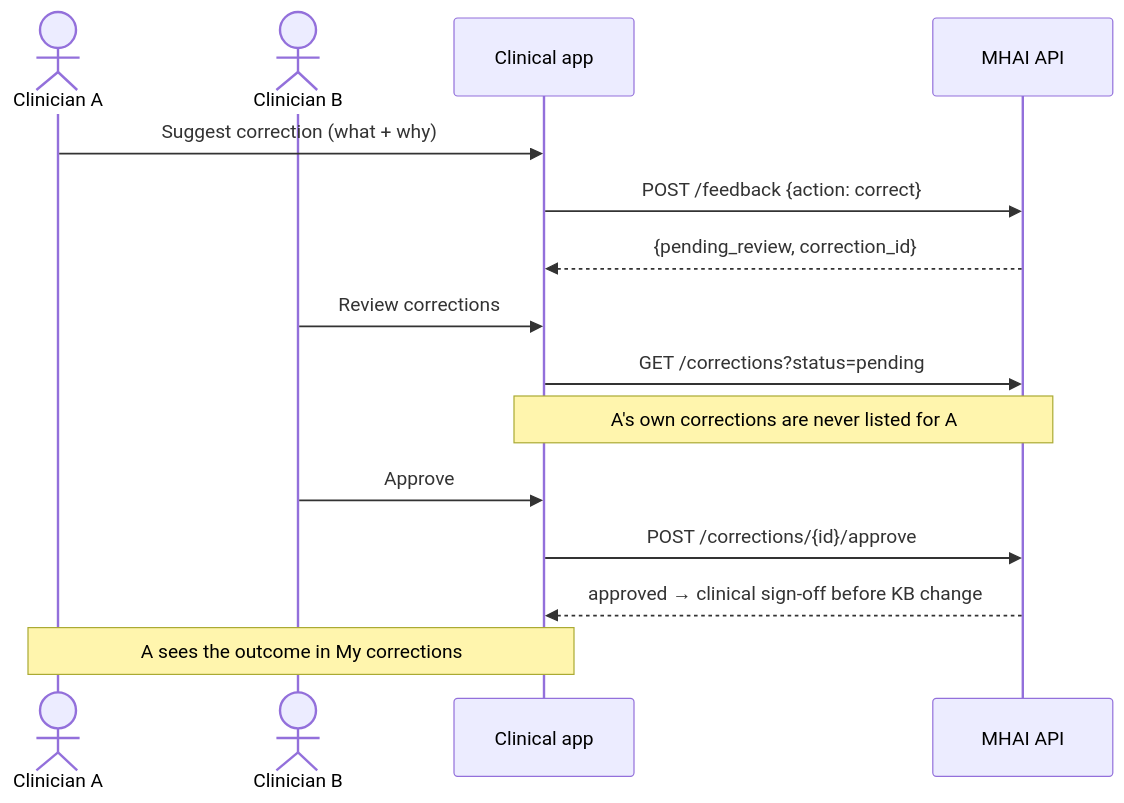
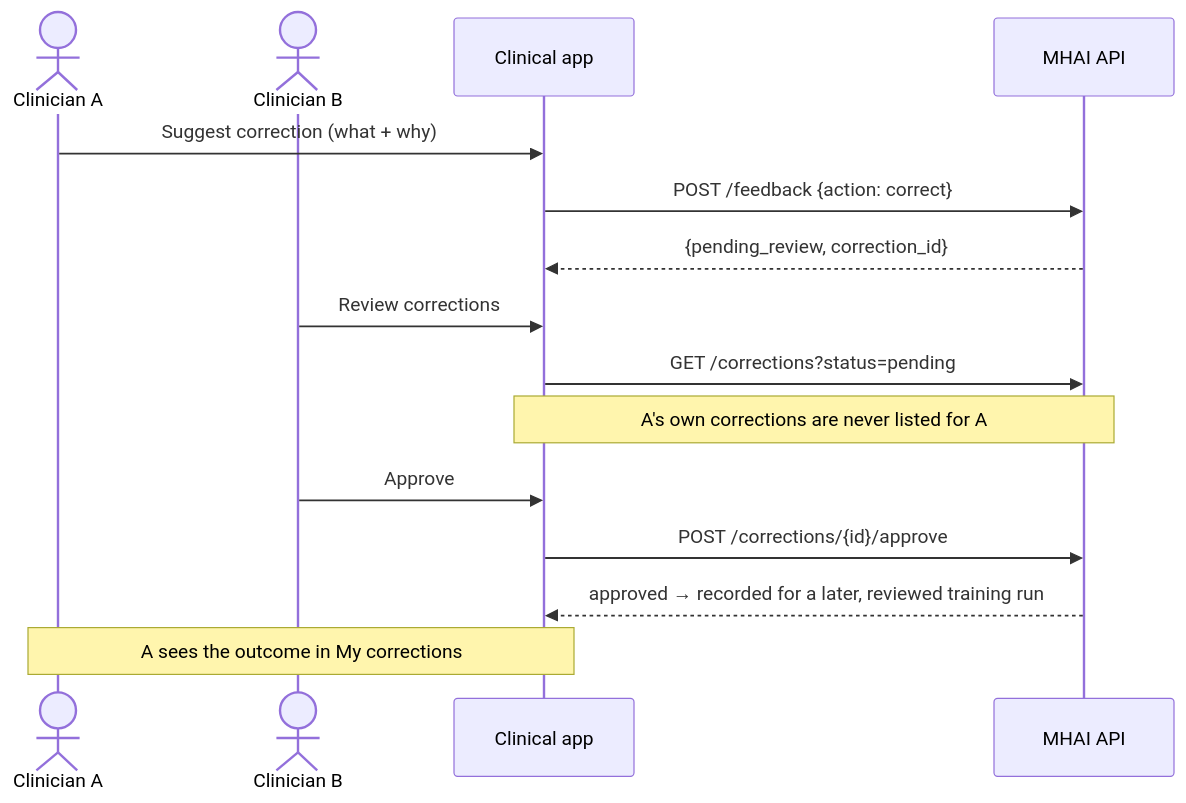
One commit to Measured-Health/mhai-web changed the ninth of 9 diagrams in ARCHITECTURE.md. Above: the diagram before and after it, drawn with Mermaid. The commit also changed other lines of this file, not shown here.

First line of the commit message:
ARCHITECTURE.md: the apps as they are on 27 Nov 2026

````diff
--- a/ARCHITECTURE.md
+++ b/ARCHITECTURE.md
@@ -392,18 +417,18 @@
 ```mermaid
 sequenceDiagram
     actor A as Clinician A
     actor B as Clinician B
     participant W as Clinical app
     participant API as MHAI API
 
     A->>W: Suggest correction (what + why)
     W->>API: POST /feedback {action: correct}
     API-->>W: {pending_review, correction_id}
     B->>W: Review corrections
     W->>API: GET /corrections?status=pending
     Note over W,API: A's own corrections are never listed for A
     B->>W: Approve
     W->>API: POST /corrections/{id}/approve
-    API-->>W: approved → clinical sign-off before KB change
+    API-->>W: approved → recorded for a later, reviewed training run
     Note over A,W: A sees the outcome in My corrections
 ```
````
